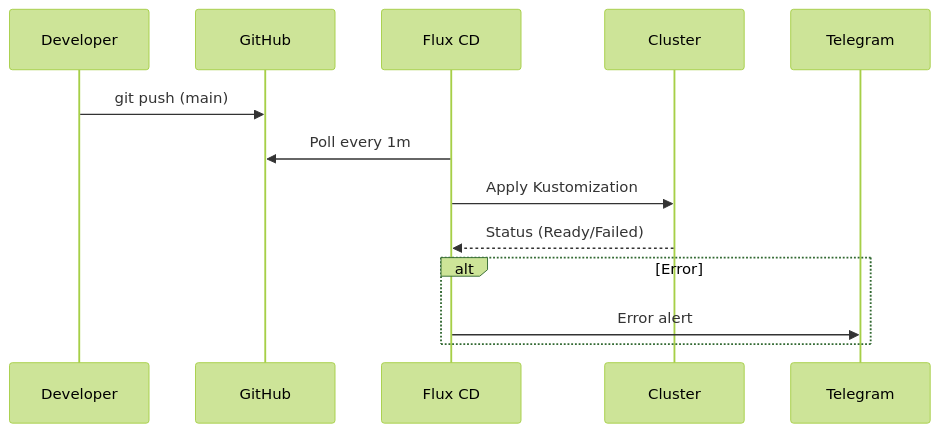
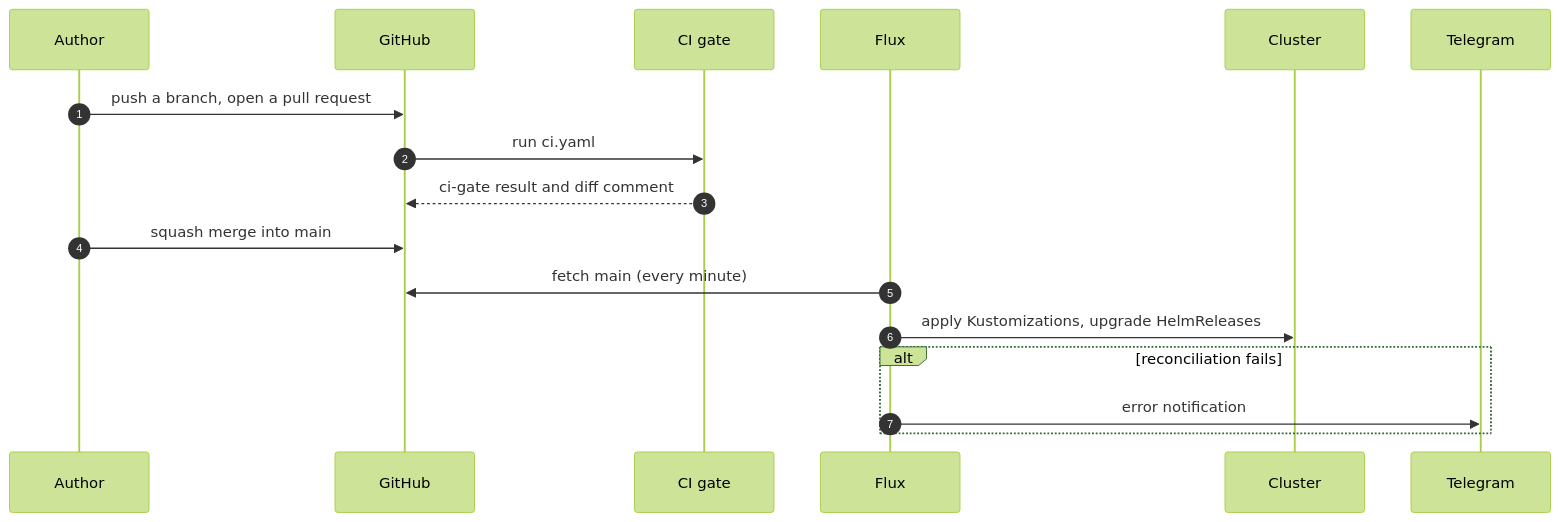
Before and after one commit to lucaam/k8s-iannamo: the third of 3 diagrams in docs/architecture.en.md, drawn with Mermaid (forest theme). The commit also changed other lines of this file and 33 other files, not shown here.

````diff
--- a/docs/architecture.en.md
+++ b/docs/architecture.en.md
@@ -33,15 +130,19 @@
 ```mermaid
 sequenceDiagram
-    participant Dev as Developer
+    autonumber
+    participant A as Author
     participant GH as GitHub
-    participant Flux as Flux CD
-    participant K8s as Cluster
-
-    Dev->>GH: git push (main)
-    Flux->>GH: Poll every 1m
-    Flux->>K8s: Apply Kustomization
-    K8s-->>Flux: Status (Ready/Failed)
-    alt Error
-        Flux->>Telegram: Error alert
+    participant CI as CI gate
+    participant F as Flux
+    participant K as Cluster
+    participant T as Telegram
+    A->>GH: push a branch, open a pull request
+    GH->>CI: run ci.yaml
+    CI-->>GH: ci-gate result and diff comment
+    A->>GH: squash merge into main
+    F->>GH: fetch main (every minute)
+    F->>K: apply Kustomizations, upgrade HelmReleases
+    alt reconciliation fails
+        F->>T: error notification
     end
 ```
````
